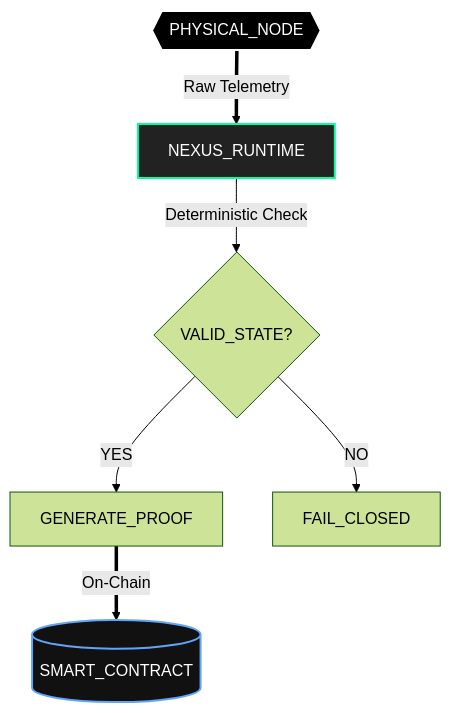
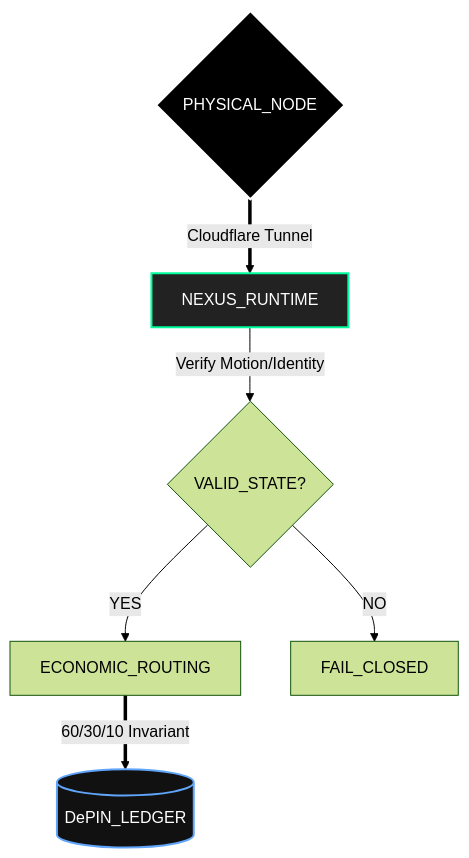
The diagram in README.md (arhantbarmate/nexus-core), drawn with Mermaid (forest theme) before and after one commit. The commit also changed other lines of this file, not shown here.

Commit message:
feat: overhaul root architecture to Zero-Trust Edge Execution Layer

````diff
--- a/README.md
+++ b/README.md
@@ -34,15 +27,15 @@
 ```mermaid
 graph TD
     %% NEXUS PROTOCOL LOGIC FLOW
-    Hardware{{PHYSICAL_NODE}} ==>|Raw Telemetry| Runtime[NEXUS_RUNTIME]
-    Runtime -->|Deterministic Check| Logic{VALID_STATE?}
+    Hardware{PHYSICAL_NODE} ==>|Cloudflare Tunnel| Runtime[NEXUS_RUNTIME]
+    Runtime -->|Verify Motion/Identity| Logic{VALID_STATE?}
     
-    Logic -- YES --> Sign[GENERATE_PROOF]
+    Logic -- YES --> Execute[ECONOMIC_ROUTING]
     Logic -- NO --> Drop[FAIL_CLOSED]
     
-    Sign ==>|On-Chain| Settlement[(SMART_CONTRACT)]
+    Execute ==>|60/30/10 Invariant| Chain[(DePIN_LEDGER)]
     
     style Hardware fill:#000,stroke:#fff,stroke-width:2px,color:#fff
     style Runtime fill:#222,stroke:#00ff9d,stroke-width:2px,color:#fff
-    style Settlement fill:#111,stroke:#60a5fa,stroke-width:2px,color:#fff
+    style Chain fill:#111,stroke:#60a5fa,stroke-width:2px,color:#fff
 ```
````
